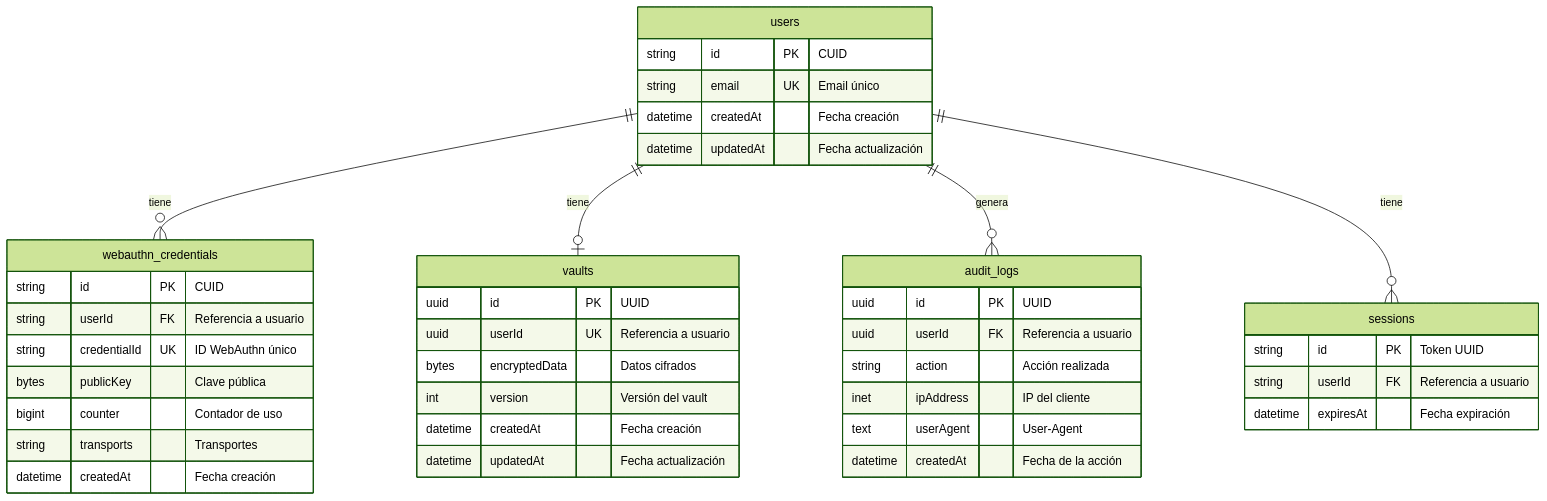
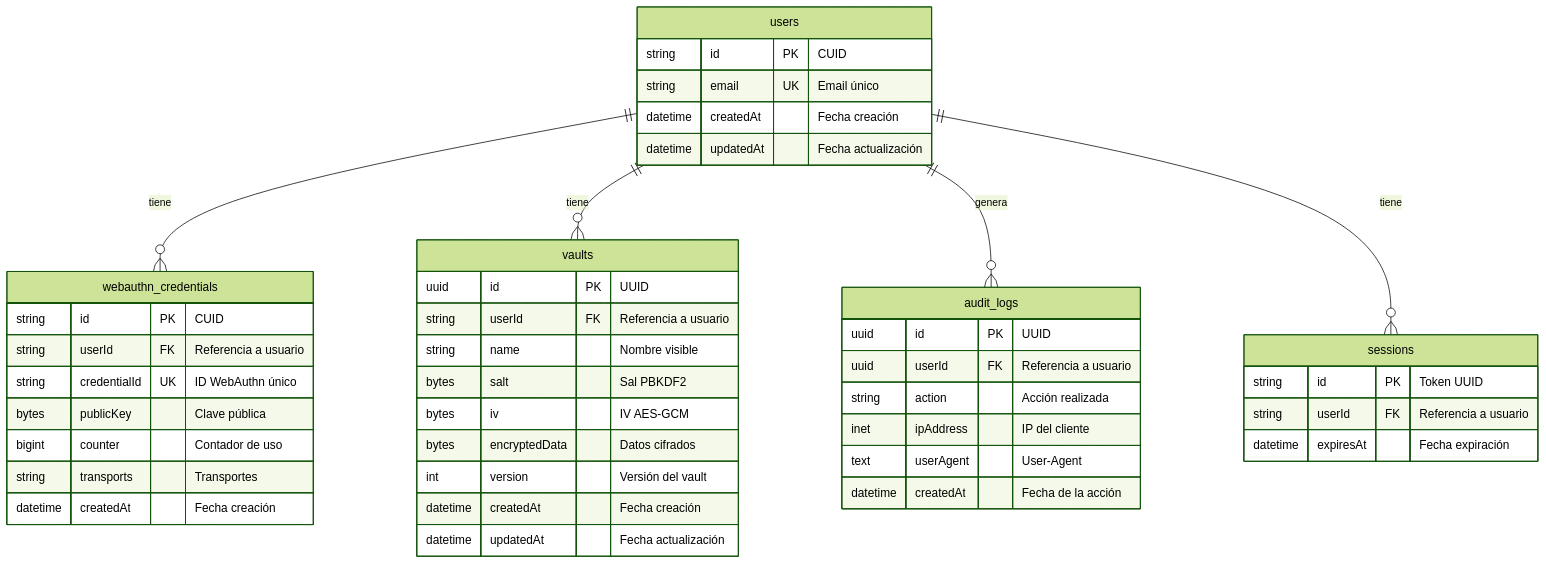
Before and after one commit to GeorgeContreras241/G--ClaveVault: the fifth of 11 diagrams in docs/DOCUMENTACION_TECNICA.md, drawn with Mermaid (forest theme). The commit also changed other lines of this file and 32 other files, not shown here.

````diff
--- a/docs/DOCUMENTACION_TECNICA.md
+++ b/docs/DOCUMENTACION_TECNICA.md
@@ -553,48 +561,51 @@
 ```mermaid
 erDiagram
     users ||--o{ webauthn_credentials : "tiene"
-    users ||--o| vaults : "tiene"
+    users ||--o{ vaults : "tiene"
     users ||--o{ audit_logs : "genera"
     users ||--o{ sessions : "tiene"
 
     users {
         string id PK "CUID"
         string email UK "Email único"
         datetime createdAt "Fecha creación"
         datetime updatedAt "Fecha actualización"
     }
 
     webauthn_credentials {
         string id PK "CUID"
         string userId FK "Referencia a usuario"
         string credentialId UK "ID WebAuthn único"
         bytes publicKey "Clave pública"
         bigint counter "Contador de uso"
         string transports "Transportes"
         datetime createdAt "Fecha creación"
     }
 
     vaults {
         uuid id PK "UUID"
-        uuid userId UK "Referencia a usuario"
+        string userId FK "Referencia a usuario"
+        string name "Nombre visible"
+        bytes salt "Sal PBKDF2"
+        bytes iv "IV AES-GCM"
         bytes encryptedData "Datos cifrados"
         int version "Versión del vault"
         datetime createdAt "Fecha creación"
         datetime updatedAt "Fecha actualización"
     }
 
     audit_logs {
         uuid id PK "UUID"
         uuid userId FK "Referencia a usuario"
         string action "Acción realizada"
         inet ipAddress "IP del cliente"
         text userAgent "User-Agent"
         datetime createdAt "Fecha de la acción"
     }
 
     sessions {
         string id PK "Token UUID"
         string userId FK "Referencia a usuario"
         datetime expiresAt "Fecha expiración"
     }
 ```
````
